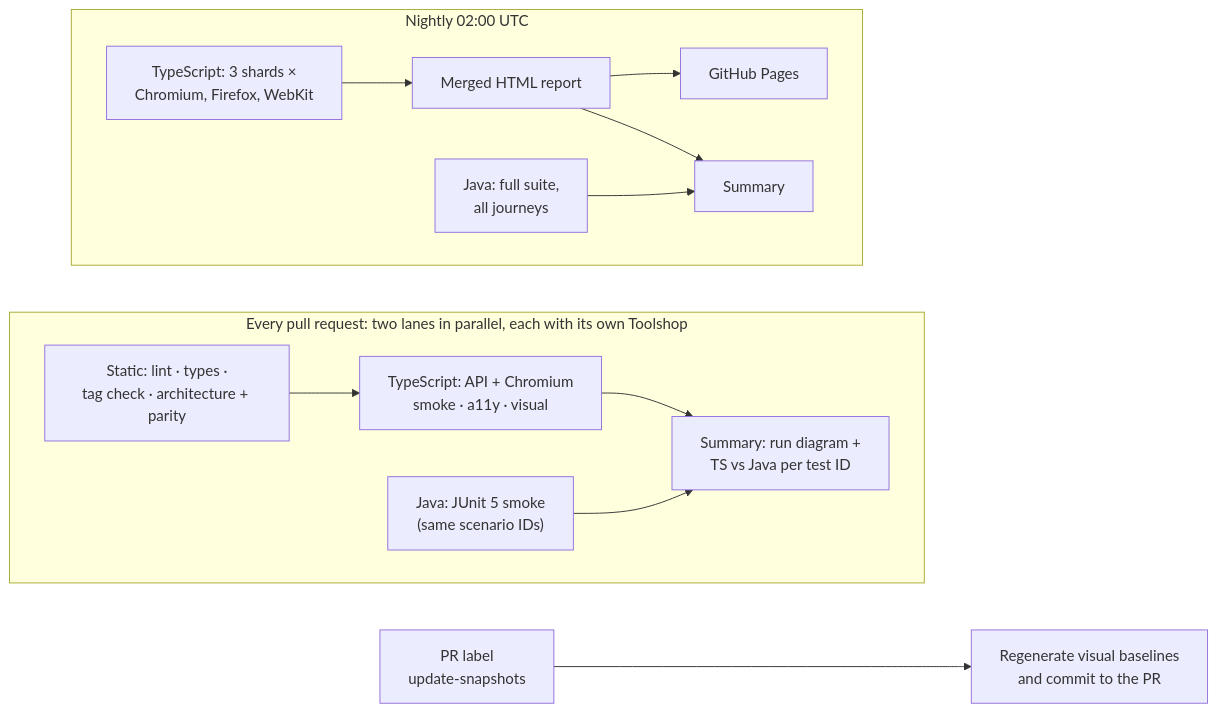
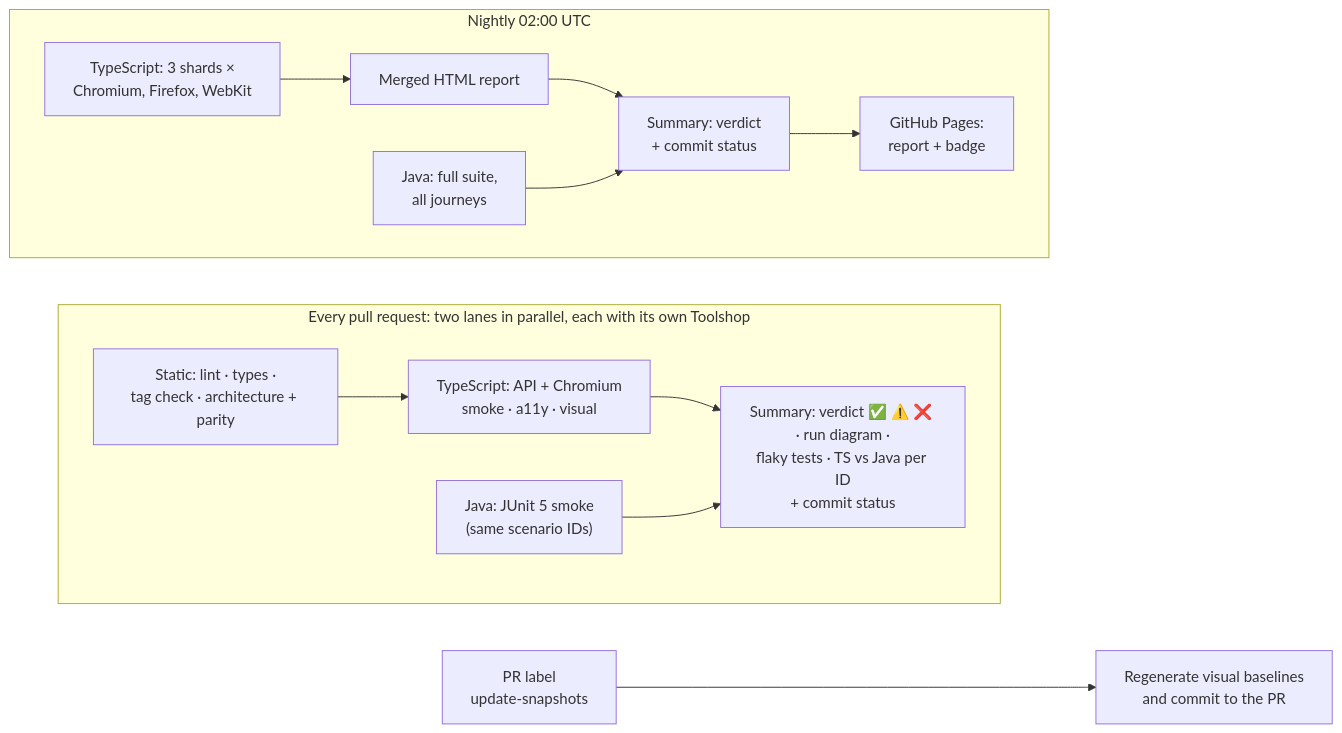
One commit to junchunip-hue/playwright-e2e-showcase changed the diagram in README.md. Above: the diagram before and after it, drawn with Mermaid. The commit also changed other lines of this file and 6 other files, not shown here.

````diff
--- a/README.md
+++ b/README.md
@@ -58,17 +63,17 @@
 ```mermaid
 flowchart LR
   subgraph PR["Every pull request: two lanes in parallel, each with its own Toolshop"]
     direction LR
     S["Static: lint · types ·<br/>tag check · architecture + parity"] --> TS["TypeScript: API + Chromium<br/>smoke · a11y · visual"]
     J["Java: JUnit 5 smoke<br/>(same scenario IDs)"]
-    TS --> SUM["Summary: run diagram +<br/>TS vs Java per test ID"]
+    TS --> SUM["Summary: verdict ✅ ⚠️ ❌ · run diagram ·<br/>flaky tests · TS vs Java per ID<br/>+ commit status"]
     J --> SUM
   end
   subgraph N["Nightly 02:00 UTC"]
     direction LR
-    SH["TypeScript: 3 shards ×<br/>Chromium, Firefox, WebKit"] --> M["Merged HTML report"] --> P["GitHub Pages"]
-    NJ["Java: full suite,<br/>all journeys"] --> NS["Summary"]
-    M --> NS
+    SH["TypeScript: 3 shards ×<br/>Chromium, Firefox, WebKit"] --> M["Merged HTML report"] --> NS["Summary: verdict<br/>+ commit status"]
+    NJ["Java: full suite,<br/>all journeys"] --> NS
+    NS --> P["GitHub Pages:<br/>report + badge"]
   end
   L["PR label<br/>update-snapshots"] --> B["Regenerate visual baselines<br/>and commit to the PR"]
 ```
````
